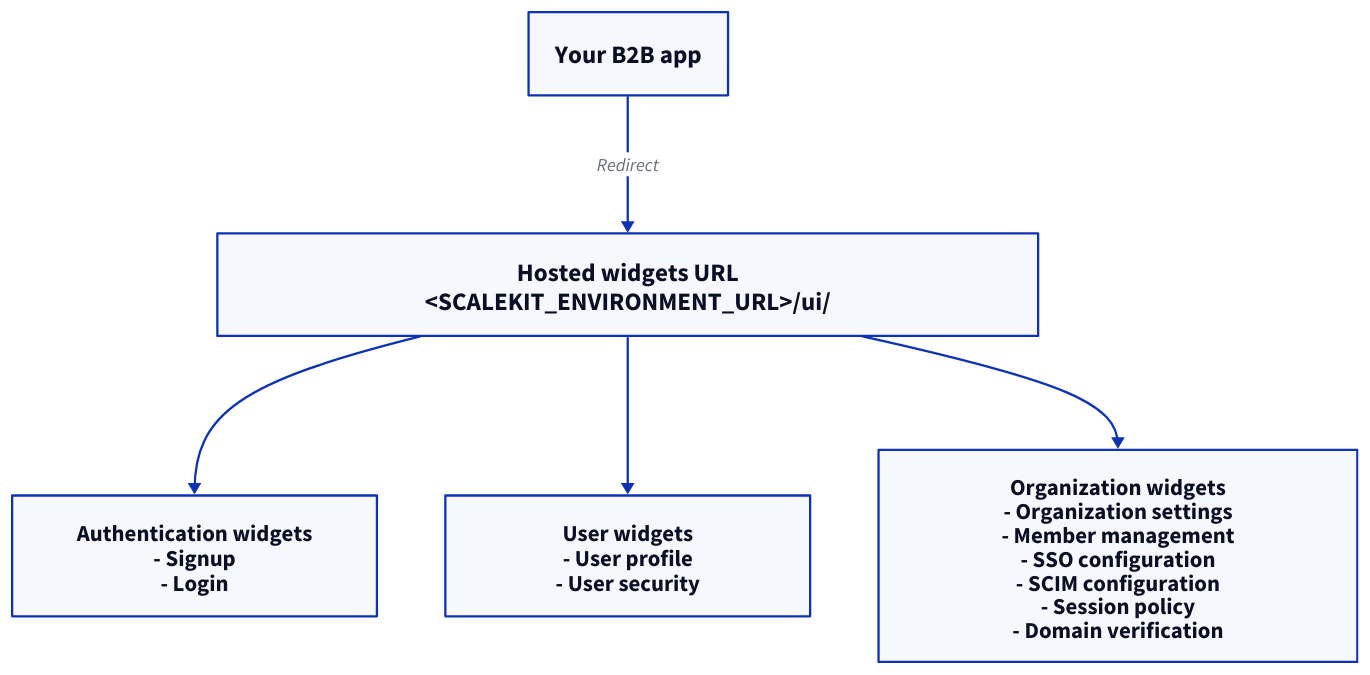
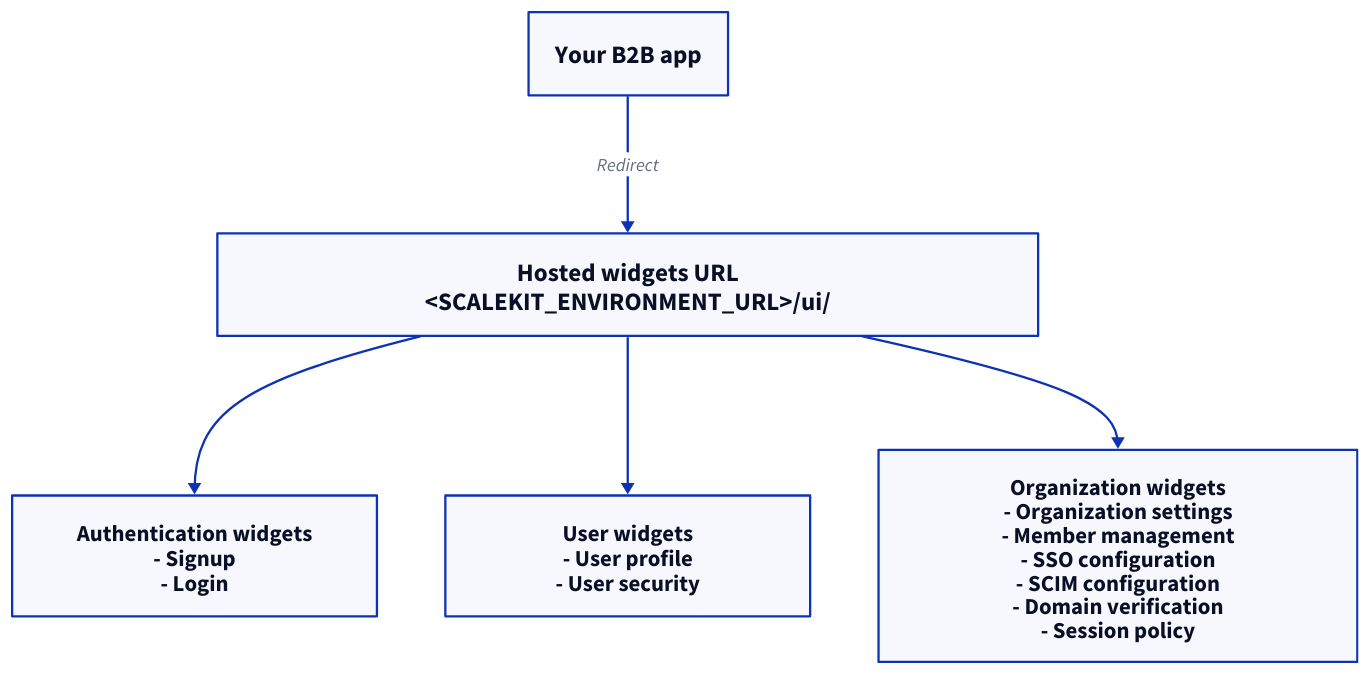
Before and after one commit to scalekit-inc/developer-docs: the diagram in src/content/docs/authenticate/manage-users-orgs/hosted-widgets.mdx, drawn with D2. The commit also changed other lines of this file, not shown here.

````diff
--- a/src/content/docs/authenticate/manage-users-orgs/hosted-widgets.mdx
+++ b/src/content/docs/authenticate/manage-users-orgs/hosted-widgets.mdx
@@ -23,32 +23,32 @@
 ```d2 pad=56 layout=elk
 direction: down
 
 your_app: "Your B2B app" {
   style.font-size: 22
 }
 
 hosted: "Hosted widgets URL\n<SCALEKIT_ENVIRONMENT_URL>/ui/" {
   style.font-size: 22
   width: 720
 }
 
 auth_widgets: "Authentication widgets\n- Signup\n- Login" {
   style.font-size: 20
   width: 320
 }
 
 user_widgets: "User widgets\n- User profile\n- User security" {
   style.font-size: 20
   width: 320
 }
 
-org_widgets: "Organization widgets\n- Organization settings\n- Member management\n- SSO configuration\n- SCIM configuration\n- Session policy\n- Domain verification" {
+org_widgets: "Organization widgets\n- Organization settings\n- Member management\n- SSO configuration\n- SCIM configuration\n- Domain verification\n- Session policy" {
   style.font-size: 20
   width: 420
 }
 
 your_app -> hosted: "Redirect"
 hosted -> auth_widgets
 hosted -> user_widgets
 hosted -> org_widgets
 ```
````
